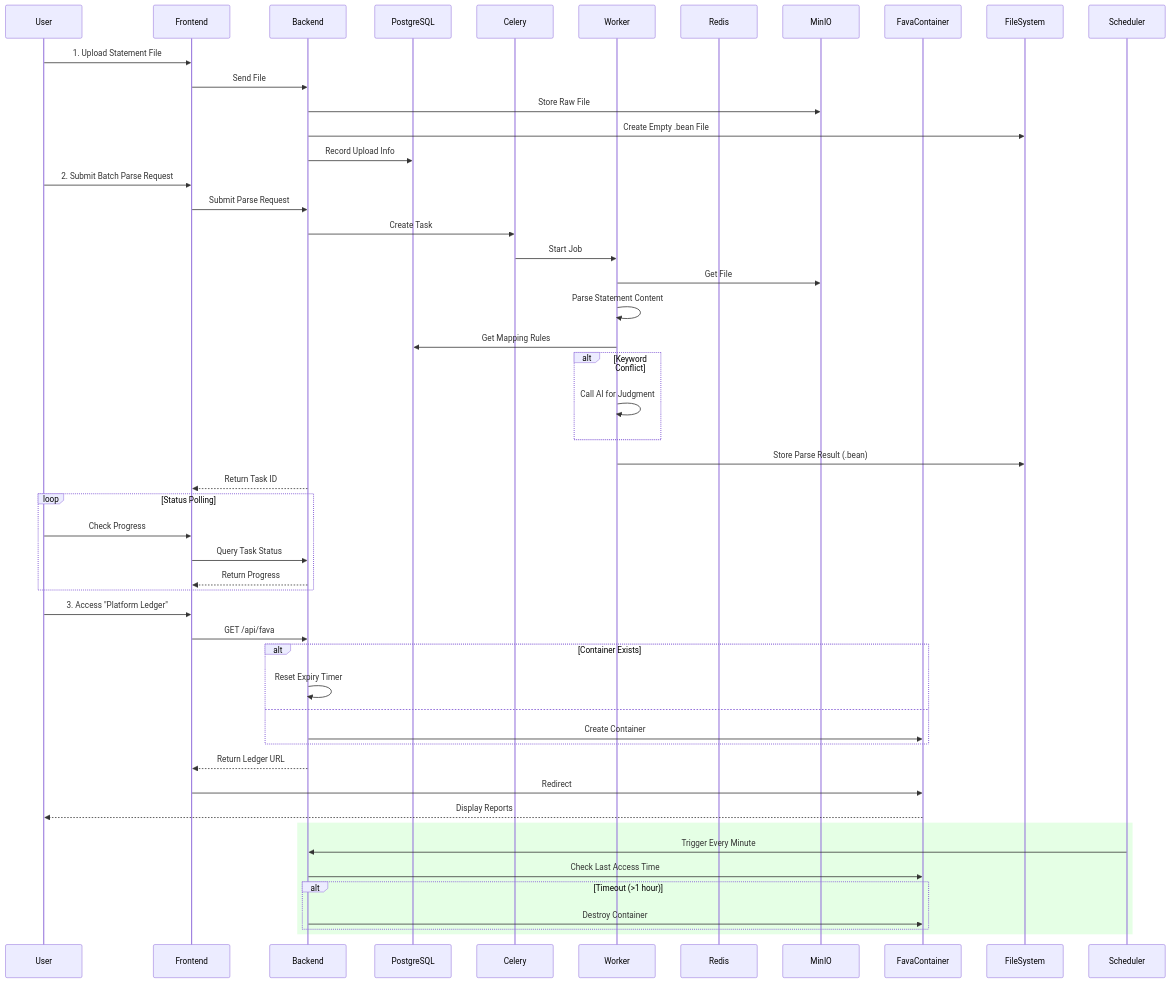
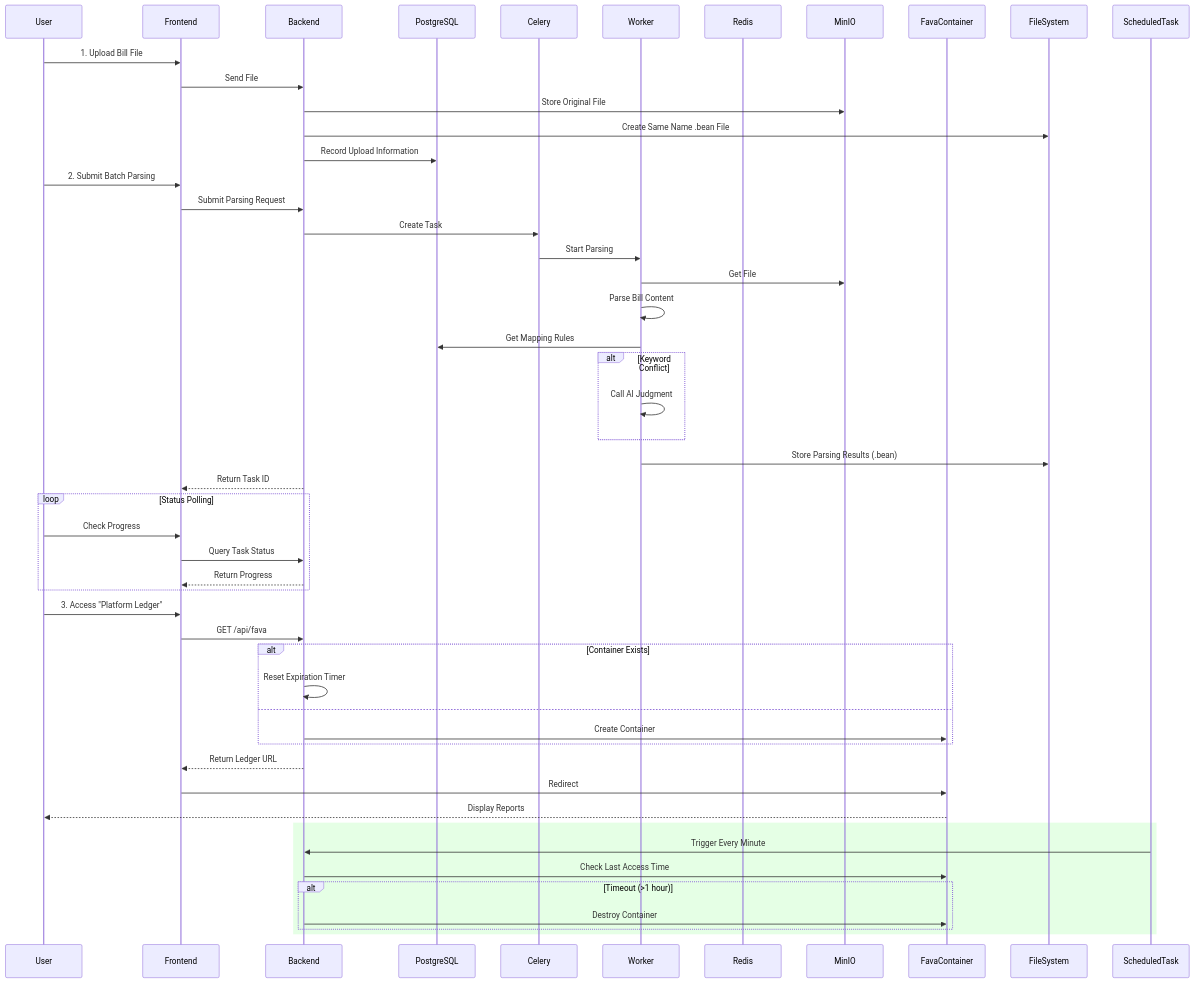
One commit to dhr2333/Beancount-Trans changed the second of 2 diagrams in README.md. Above: the diagram before and after it, drawn with Mermaid. The commit also changed other lines of this file and 1 other file, not shown here.

````diff
--- a/README.md
+++ b/README.md
@@ -56,58 +57,58 @@
 ```mermaid
 sequenceDiagram
     participant User
     participant Frontend
     participant Backend
     participant PostgreSQL
     participant Celery
     participant Worker
     participant Redis
     participant MinIO
     participant FavaContainer
     participant FileSystem
-    participant Scheduler
-
-    User->>Frontend: 1. Upload Statement File
+    participant ScheduledTask
+    
+    User->>Frontend: 1. Upload Bill File
     Frontend->>Backend: Send File
-    Backend->>MinIO: Store Raw File
-    Backend->>FileSystem: Create Empty .bean File
-    Backend->>PostgreSQL: Record Upload Info
-
-    User->>Frontend: 2. Submit Batch Parse Request
-    Frontend->>Backend: Submit Parse Request
+    Backend->>MinIO: Store Original File
+    Backend->>FileSystem: Create Same Name .bean File
+    Backend->>PostgreSQL: Record Upload Information
+    
+    User->>Frontend: 2. Submit Batch Parsing
+    Frontend->>Backend: Submit Parsing Request
     Backend->>Celery: Create Task
-    Celery->>Worker: Start Job
+    Celery->>Worker: Start Parsing
     Worker->>MinIO: Get File
-    Worker->>Worker: Parse Statement Content
+    Worker->>Worker: Parse Bill Content
     Worker->>PostgreSQL: Get Mapping Rules
     alt Keyword Conflict
-        Worker->>Worker: Call AI for Judgment
+        Worker->>Worker: Call AI Judgment
     end
-    Worker->>FileSystem: Store Parse Result (.bean)
+    Worker->>FileSystem: Store Parsing Results (.bean)
     Backend-->>Frontend: Return Task ID
-
+    
     loop Status Polling
         User->>Frontend: Check Progress
         Frontend->>Backend: Query Task Status
         Backend-->>Frontend: Return Progress
     end
-
+    
     User->>Frontend: 3. Access "Platform Ledger"
     Frontend->>Backend: GET /api/fava
     alt Container Exists
-        Backend->>Backend: Reset Expiry Timer
-    else
+        Backend->>Backend: Reset Expiration Timer
+    else 
         Backend->>FavaContainer: Create Container
     end
     Backend-->>Frontend: Return Ledger URL
     Frontend->>FavaContainer: Redirect
     FavaContainer-->>User: Display Reports
-
+    
     rect rgba(0, 255, 0, 0.1)
-        Scheduler->>Backend: Trigger Every Minute
+        ScheduledTask->>Backend: Trigger Every Minute
         Backend->>FavaContainer: Check Last Access Time
         alt Timeout (>1 hour)
             Backend->>FavaContainer: Destroy Container
         end
     end
 ```
````
